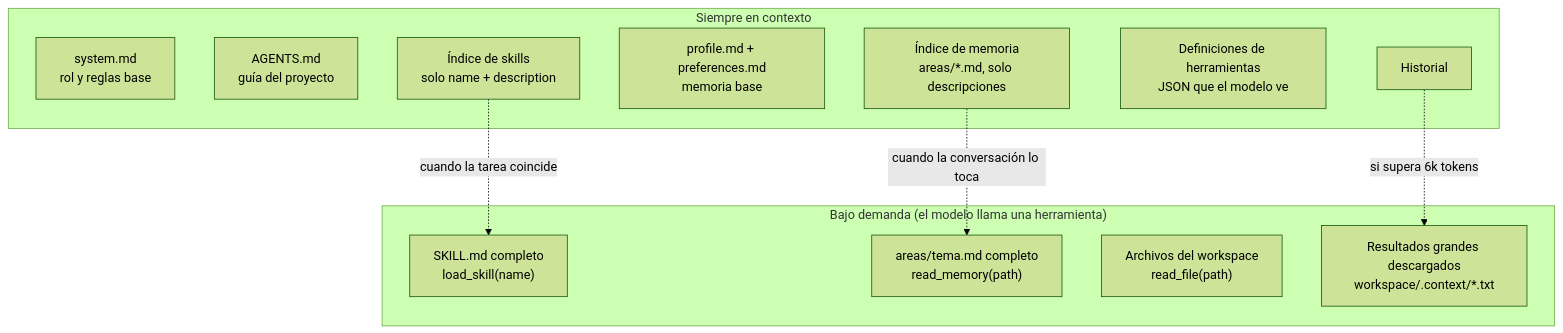
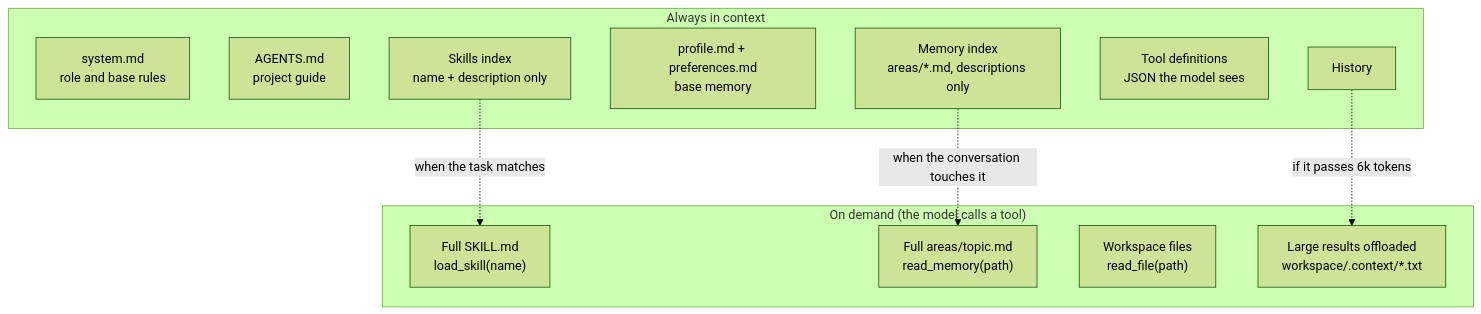
The second of 15 diagrams in README.md (ada-school/ada-harness), drawn with Mermaid (forest theme) before and after one commit. The commit also changed other lines of this file and 95 other files, not shown here.

````diff
--- a/README.md
+++ b/README.md
@@ -95,21 +111,21 @@
 ```mermaid
 flowchart TB
-    subgraph ALWAYS["Siempre en contexto"]
-        A1["system.md<br/>rol y reglas base"]
-        A2["AGENTS.md<br/>guía del proyecto"]
-        A3["Índice de skills<br/>solo name + description"]
-        A4["profile.md + preferences.md<br/>memoria base"]
-        A5["Índice de memoria<br/>areas/*.md, solo descripciones"]
-        A6["Definiciones de herramientas<br/>JSON que el modelo ve"]
-        A7["Historial"]
+    subgraph ALWAYS["Always in context"]
+        A1["system.md<br/>role and base rules"]
+        A2["AGENTS.md<br/>project guide"]
+        A3["Skills index<br/>name + description only"]
+        A4["profile.md + preferences.md<br/>base memory"]
+        A5["Memory index<br/>areas/*.md, descriptions only"]
+        A6["Tool definitions<br/>JSON the model sees"]
+        A7["History"]
     end
-    subgraph DEMAND["Bajo demanda (el modelo llama una herramienta)"]
-        D1["SKILL.md completo<br/>load_skill(name)"]
-        D2["areas/tema.md completo<br/>read_memory(path)"]
-        D3["Archivos del workspace<br/>read_file(path)"]
-        D4["Resultados grandes descargados<br/>workspace/.context/*.txt"]
+    subgraph DEMAND["On demand (the model calls a tool)"]
+        D1["Full SKILL.md<br/>load_skill(name)"]
+        D2["Full areas/topic.md<br/>read_memory(path)"]
+        D3["Workspace files<br/>read_file(path)"]
+        D4["Large results offloaded<br/>workspace/.context/*.txt"]
     end
-    A3 -.->|"cuando la tarea coincide"| D1
-    A5 -.->|"cuando la conversación lo toca"| D2
-    A7 -.->|"si supera 6k tokens"| D4
+    A3 -.->|"when the task matches"| D1
+    A5 -.->|"when the conversation touches it"| D2
+    A7 -.->|"if it passes 6k tokens"| D4
 ```
````
